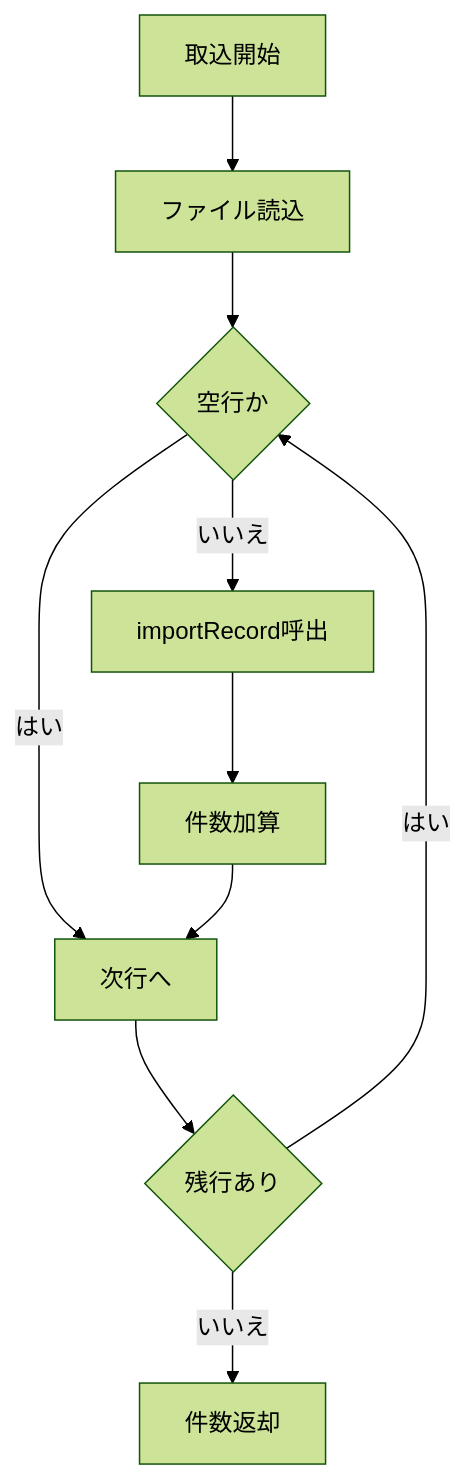
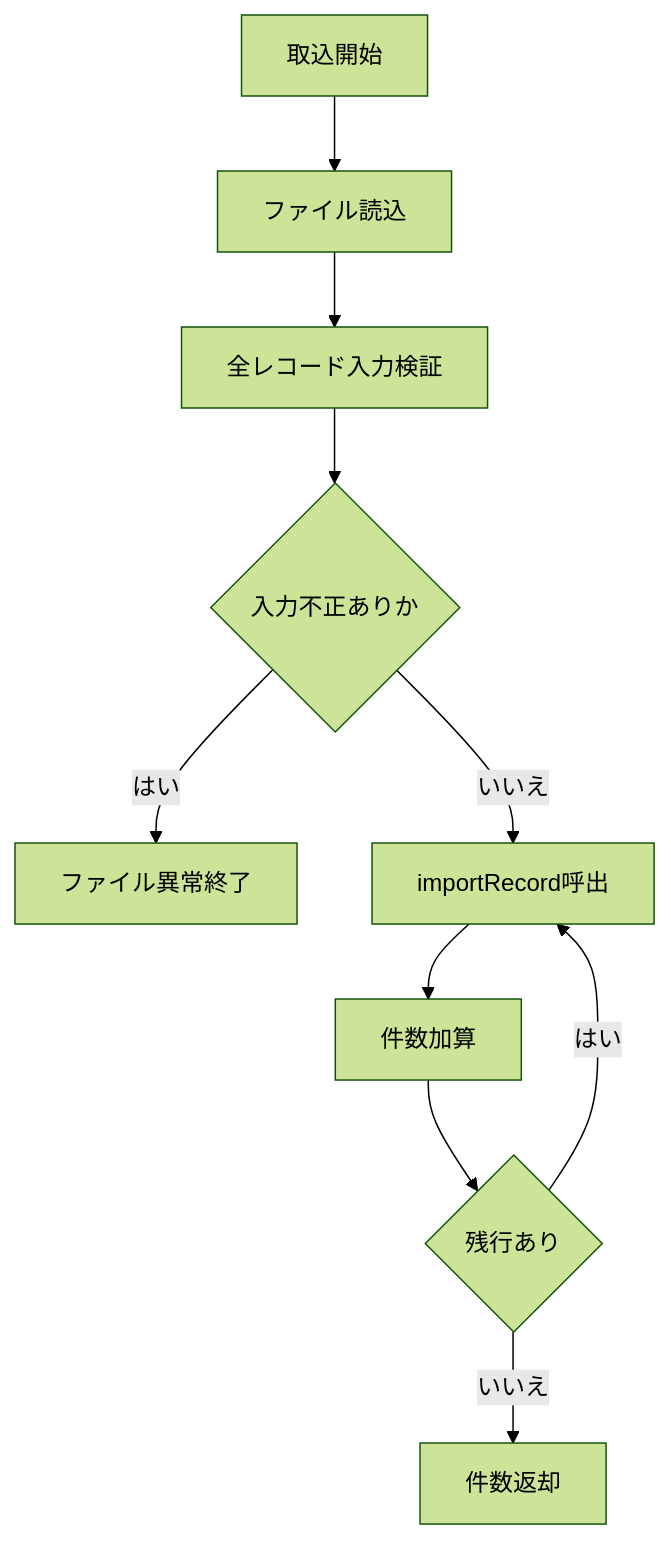
Before and after one commit to CalorieMateEater/training-project-logistics-company: the first of 2 diagrams in docs/自社内部設計/業務設計/メソッド設計書/MTD-001_Foo注文取込・注文受付通知メソッド設計書.md, drawn with Mermaid (forest theme). The commit also changed other lines of this file and 66 other files, not shown here.

````diff
--- a/docs/自社内部設計/業務設計/メソッド設計書/MTD-001_Foo注文取込・注文受付通知メソッド設計書.md
+++ b/docs/自社内部設計/業務設計/メソッド設計書/MTD-001_Foo注文取込・注文受付通知メソッド設計書.md
@@ -36,12 +38,12 @@
 ```mermaid
 flowchart TD
     A[取込開始] --> B[ファイル読込]
-    B --> C{空行か}
-    C -- はい --> D[次行へ]
-    C -- いいえ --> E[importRecord呼出]
-    E --> F[件数加算]
-    F --> D
-    D --> G{残行あり}
-    G -- はい --> C
-    G -- いいえ --> H[件数返却]
+    B --> C[全レコード入力検証]
+    C --> D{入力不正ありか}
+    D -- はい --> E[ファイル異常終了]
+    D -- いいえ --> F[importRecord呼出]
+    F --> G[件数加算]
+    G --> H{残行あり}
+    H -- はい --> F
+    H -- いいえ --> I[件数返却]
 ```
````
